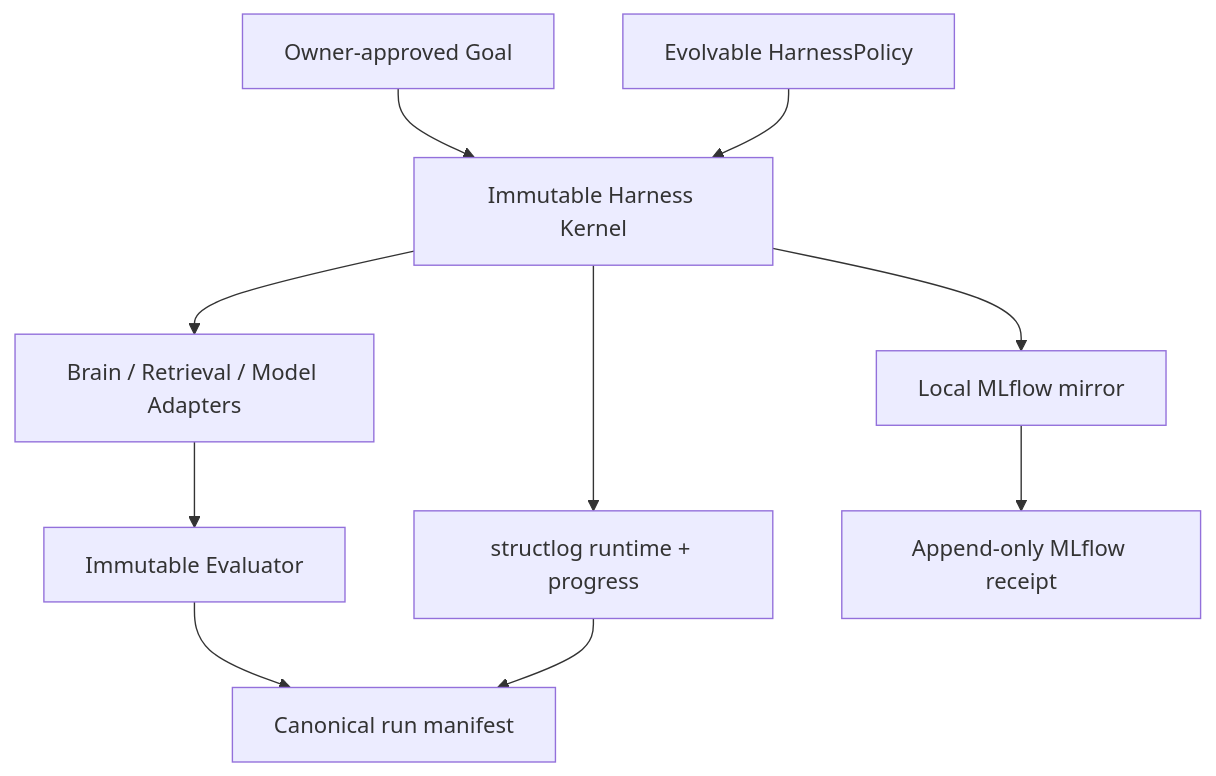
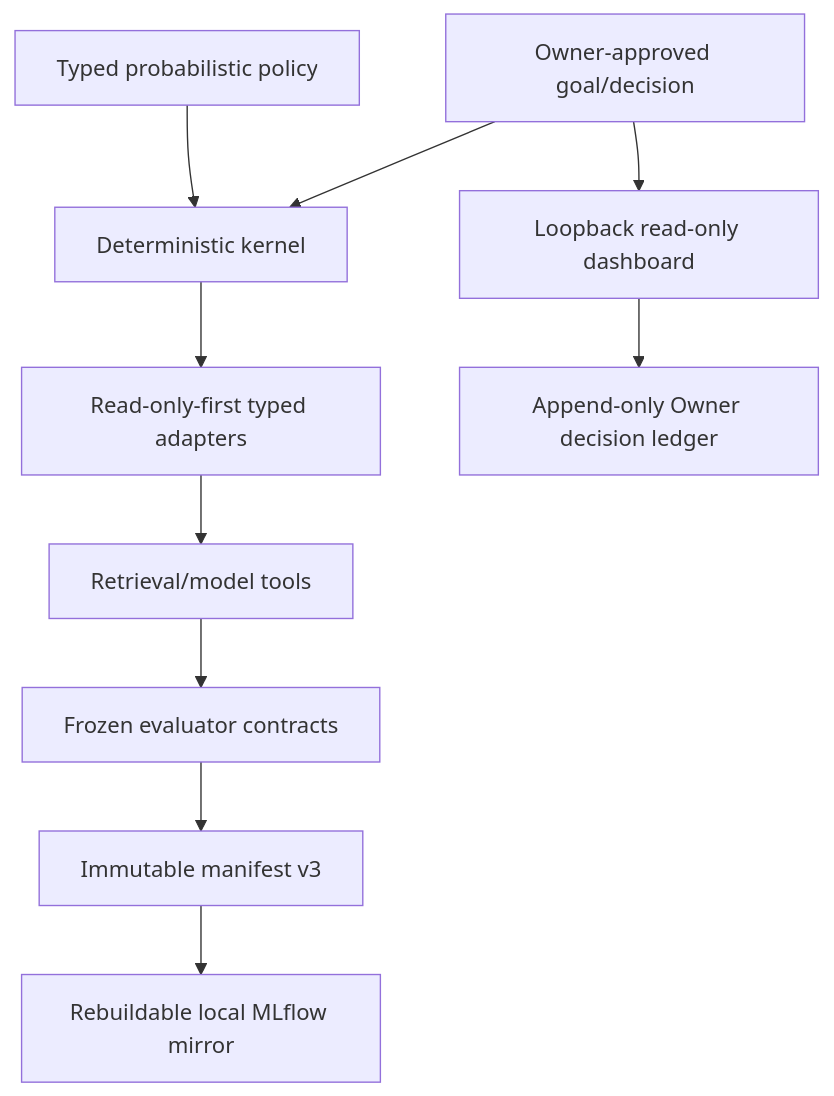
The diagram in LOCAL_RESEARCH_HARNESS_BUILD_PLAN.md (siriponsri/myIS), drawn with Mermaid before and after one commit. The commit also changed other lines of this file and 75 other files, not shown here.

````diff
--- a/LOCAL_RESEARCH_HARNESS_BUILD_PLAN.md
+++ b/LOCAL_RESEARCH_HARNESS_BUILD_PLAN.md
@@ -16,12 +17,12 @@
 ```mermaid
 flowchart TB
-    O["Owner-approved Goal"] --> K["Immutable Harness Kernel"]
-    P["Evolvable HarnessPolicy"] --> K
-    K --> A["Brain / Retrieval / Model Adapters"]
-    A --> E["Immutable Evaluator"]
-    K --> L["structlog runtime + progress"]
-    K --> M["Local MLflow mirror"]
-    E --> C["Canonical run manifest"]
-    L --> C
-    M --> R["Append-only MLflow receipt"]
+    O["Owner-approved goal/decision"] --> K["Deterministic kernel"]
+    P["Typed probabilistic policy"] --> K
+    K --> A["Read-only-first typed adapters"]
+    A --> T["Retrieval/model tools"]
+    T --> E["Frozen evaluator contracts"]
+    E --> M["Immutable manifest v3"]
+    M --> L["Rebuildable local MLflow mirror"]
+    O --> D["Loopback read-only dashboard"]
+    D --> G["Append-only Owner decision ledger"]
 ```
````
